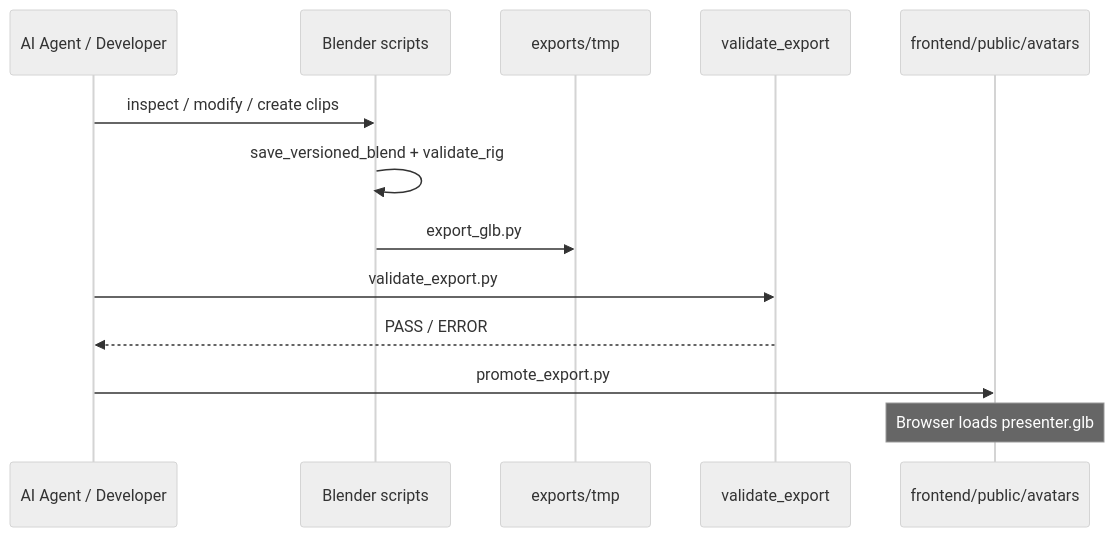
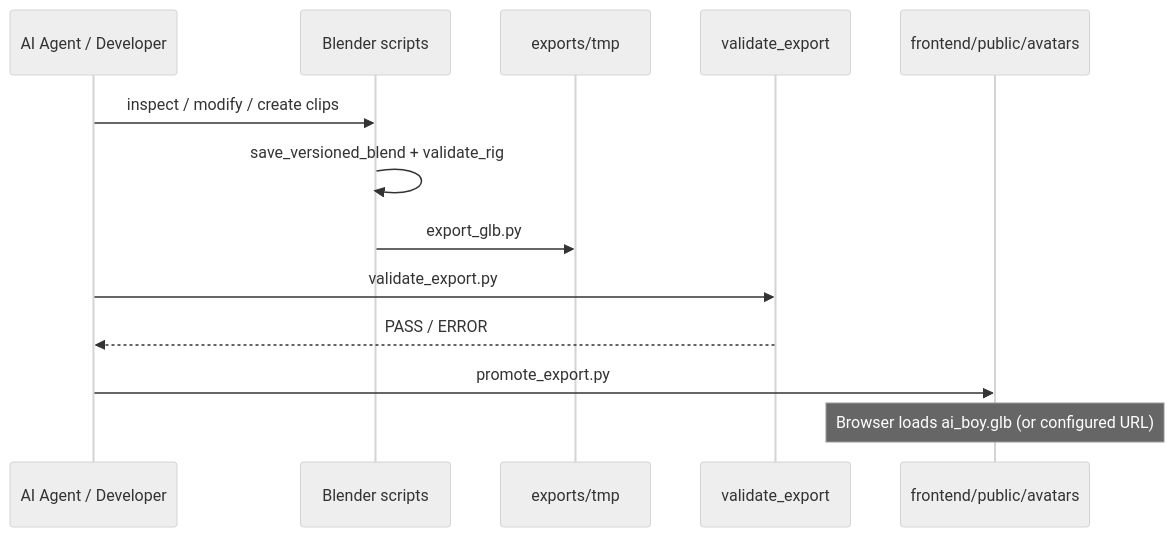
One commit to HowardHarrison/3D_AI_Avatar changed the third of 7 diagrams in docs/Overall_Architecture.md. Above: the diagram before and after it, drawn with Mermaid (neutral theme). The commit also changed other lines of this file and 7 other files, not shown here.

Commit message:
[Edit & Add] architecture file in the project

````diff
--- a/docs/Overall_Architecture.md
+++ b/docs/Overall_Architecture.md
@@ -181,16 +206,16 @@
 ```mermaid
 sequenceDiagram
   participant Agent as AI Agent / Developer
   participant Blender as Blender scripts
   participant Tmp as exports/tmp
   participant Val as validate_export
   participant Pub as frontend/public/avatars
 
   Agent->>Blender: inspect / modify / create clips
   Blender->>Blender: save_versioned_blend + validate_rig
   Blender->>Tmp: export_glb.py
   Agent->>Val: validate_export.py
   Val-->>Agent: PASS / ERROR
   Agent->>Pub: promote_export.py
-  Note over Pub: Browser loads presenter.glb
+  Note over Pub: Browser loads ai_boy.glb (or configured URL)
 ```
````
